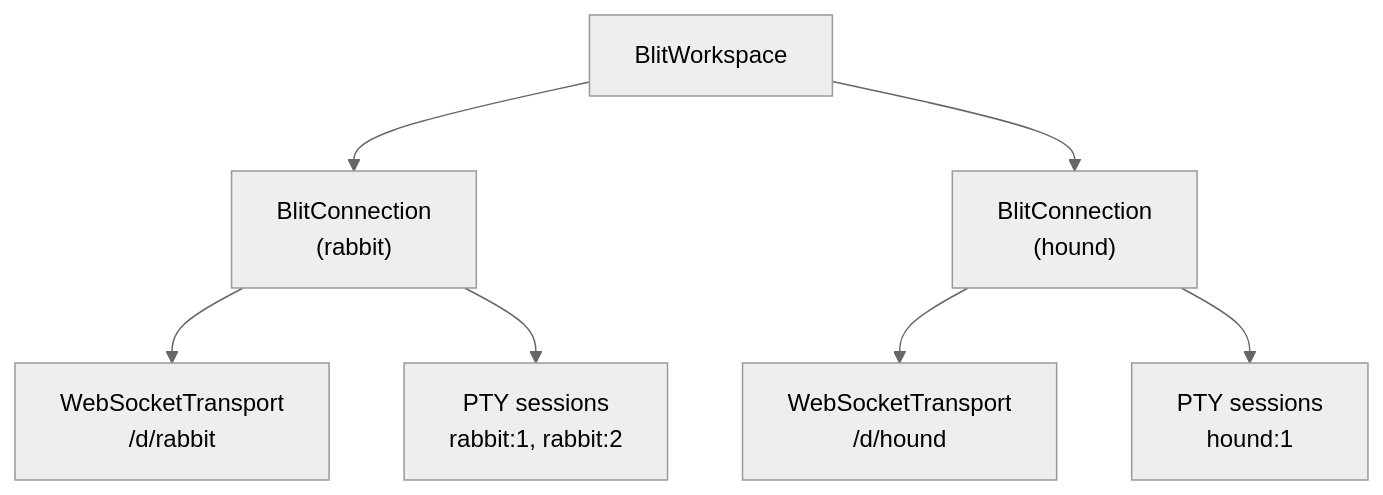
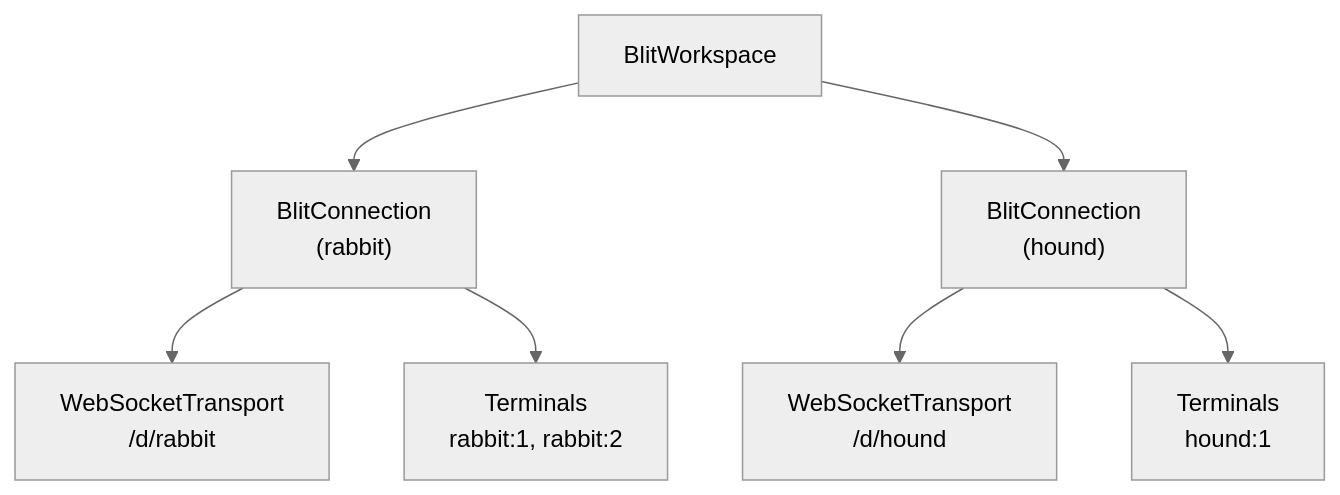
The third of 3 diagrams in docs/frontend.md (indent-com/blit), drawn with Mermaid (neutral theme) before and after one commit. The commit also changed other lines of this file and 131 other files, not shown here.

````diff
--- a/docs/frontend.md
+++ b/docs/frontend.md
@@ -96,9 +123,9 @@
 ```mermaid
 graph TD
     WS["BlitWorkspace"] --> C1["BlitConnection\n(rabbit)"]
     WS --> C2["BlitConnection\n(hound)"]
     C1 --> T1["WebSocketTransport\n/d/rabbit"]
     C2 --> T2["WebSocketTransport\n/d/hound"]
-    C1 --> P1["PTY sessions\nrabbit:1, rabbit:2"]
-    C2 --> P2["PTY sessions\nhound:1"]
+    C1 --> P1["Terminals\nrabbit:1, rabbit:2"]
+    C2 --> P2["Terminals\nhound:1"]
 ```
````
